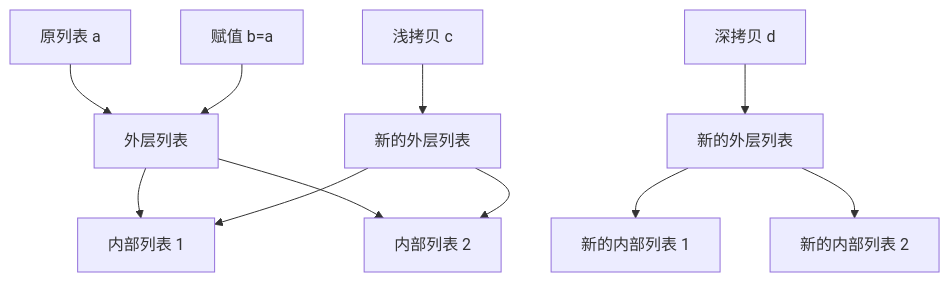
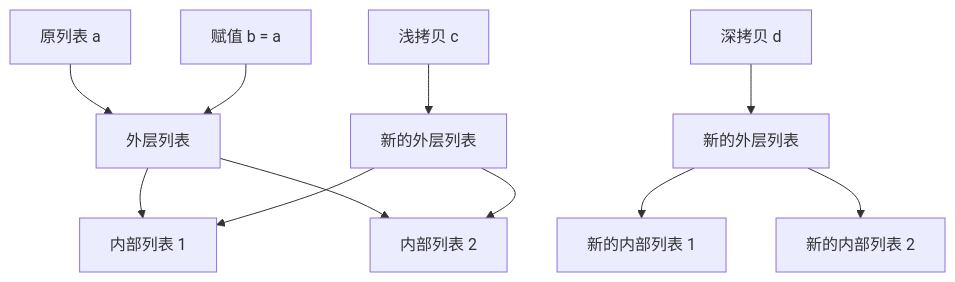
Before and after one commit to studyzhige-ui/python-interview-handbook: the first of 2 diagrams in review/03-可变对象-对象身份-深浅拷贝-图解与自测.md, drawn with Mermaid. The commit also changed other lines of this file and 11 other files, not shown here.

First line of the commit message:
fix: repair Mermaid rendering across review chapters

````diff
--- a/review/03-可变对象-对象身份-深浅拷贝-图解与自测.md
+++ b/review/03-可变对象-对象身份-深浅拷贝-图解与自测.md
@@ -7,16 +7,16 @@
 ```mermaid
 flowchart TD
-    A[原列表 a] --> X[外层列表]
-    X --> I1[内部列表 1]
-    X --> I2[内部列表 2]
+    A["原列表 a"] --> X["外层列表"]
+    X --> I1["内部列表 1"]
+    X --> I2["内部列表 2"]
 
-    B[赋值 b=a] --> X
+    B["赋值 b = a"] --> X
 
-    C[浅拷贝 c] --> Y[新的外层列表]
+    C["浅拷贝 c"] --> Y["新的外层列表"]
     Y --> I1
     Y --> I2
 
-    D[深拷贝 d] --> Z[新的外层列表]
-    Z --> J1[新的内部列表 1]
-    Z --> J2[新的内部列表 2]
+    D["深拷贝 d"] --> Z["新的外层列表"]
+    Z --> J1["新的内部列表 1"]
+    Z --> J2["新的内部列表 2"]
 ```
````
